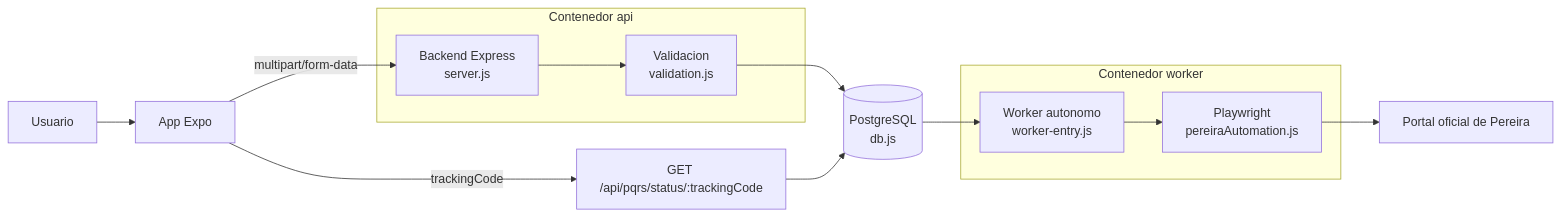
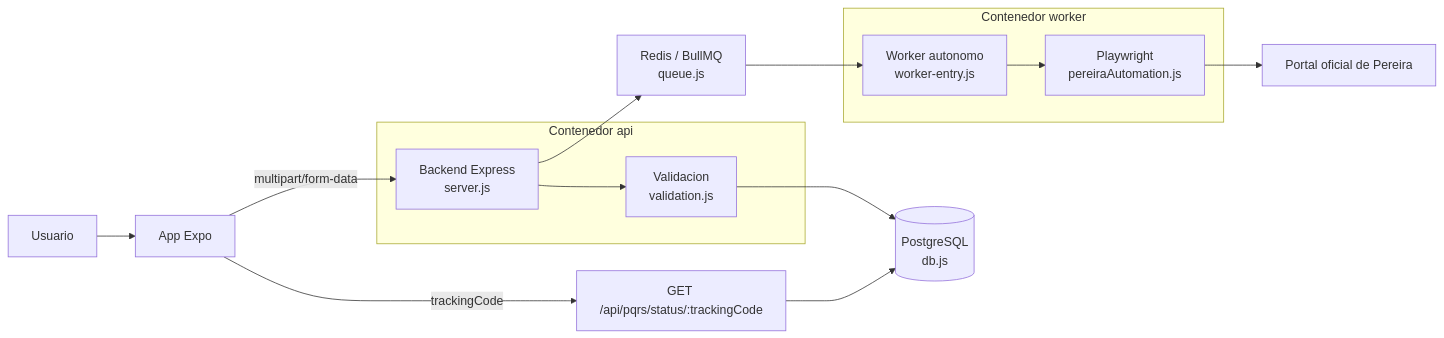
One commit to Rojas-09/pereira-te-escucha changed the diagram in docs/ARCHITECTURE.md. Above: the diagram before and after it, drawn with Mermaid. The commit also changed other lines of this file and 7 other files, not shown here.

Commit message:
feat: update architecture to integrate Redis and BullMQ for job processing

````diff
--- a/docs/ARCHITECTURE.md
+++ b/docs/ARCHITECTURE.md
@@ -20,20 +20,21 @@
 ```mermaid
 flowchart LR
   U[Usuario] --> A[App Expo]
   A -->|multipart/form-data| B[Backend Express<br/>server.js]
   B --> V[Validacion<br/>validation.js]
   V --> D[(PostgreSQL<br/>db.js)]
-  D --> W[Worker autonomo<br/>worker-entry.js]
+  B --> Q[Redis / BullMQ<br/>queue.js]
+  Q --> W[Worker autonomo<br/>worker-entry.js]
   W --> P[Playwright<br/>pereiraAutomation.js]
   P --> O[Portal oficial de Pereira]
   A -->|trackingCode| S[GET /api/pqrs/status/:trackingCode]
   S --> D
   subgraph api_container [Contenedor api]
     B
     V
   end
   subgraph worker_container [Contenedor worker]
     W
     P
   end
 ```
````
